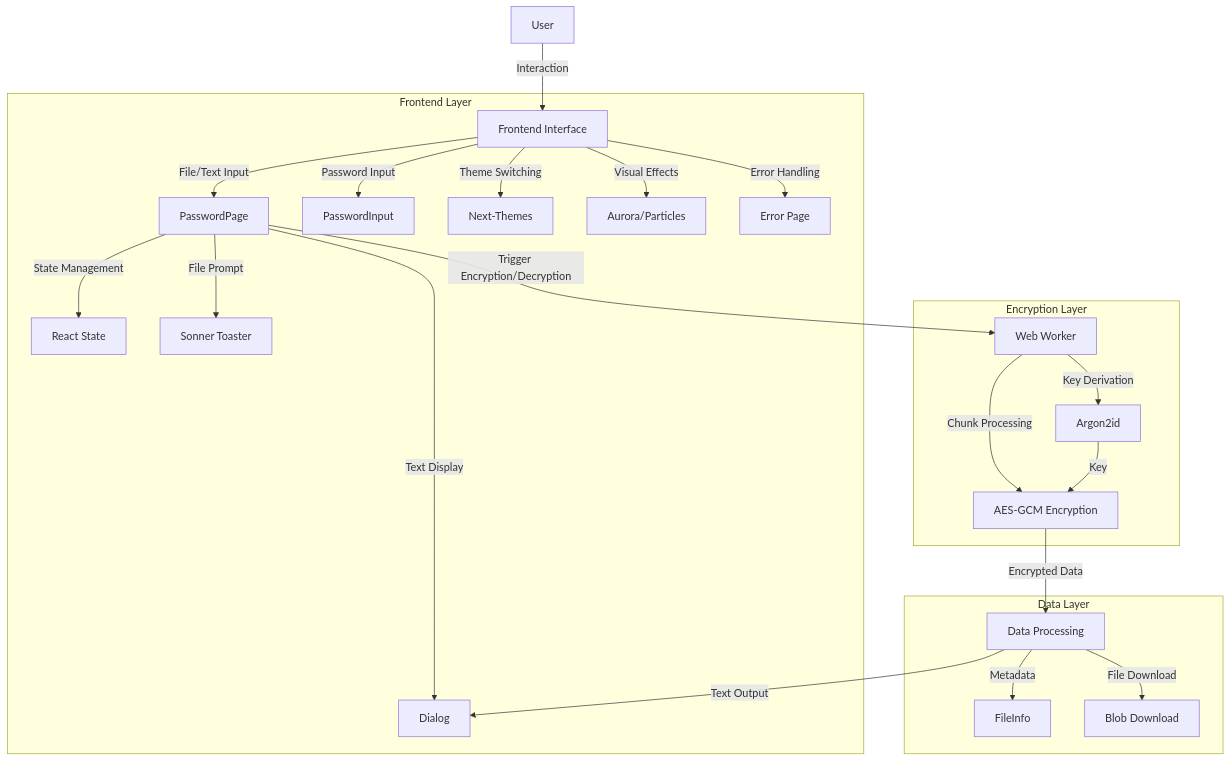
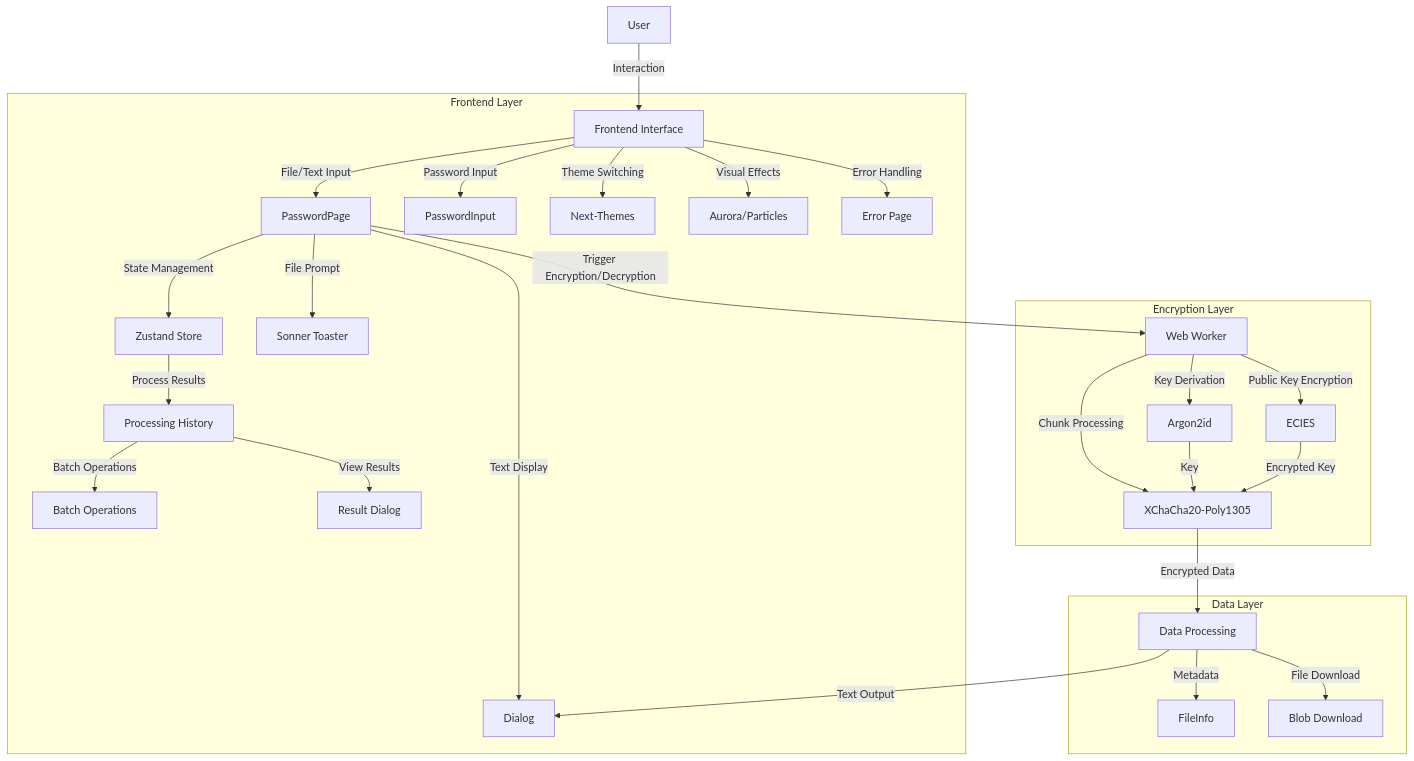
Before and after one commit to WuChenDi/SecureC: the diagram in README.md, drawn with Mermaid. The commit also changed other lines of this file, not shown here.

Commit message:
docs: migrate encryption algorithm and add processing history management
- Replace AES-GCM with XChaCha20-Poly1305 symmetric encryption for enhanced security
- Add ECIES (Elliptic Curve Integrated Encryption Scheme) support for public key encryption
- Increase chunk size from 5MB to 10MB for improved large file processing performance
- Integrate Zustand store for state management instead of React State
- Implement comprehensive processing history tracking with timestamps and metadata
- Add batch operations for downloading or deleting multiple results at once
- Update security documentation to reflect new encryption methods and parameters
- Add visual indicators and download buttons in processing history table
- Support optional digital signatures with public key encryption features

````diff
--- a/README.md
+++ b/README.md
@@ -22,45 +25,54 @@
 ```mermaid
 graph TD
     A[User]
     A -->|Interaction| B[Frontend Interface]
     B -->|File/Text Input| C[PasswordPage]
     B -->|Password Input| D[PasswordInput]
     C -->|Trigger Encryption/Decryption| E[Web Worker]
-    C -->|State Management| F[React State]
+    C -->|State Management| F[Zustand Store]
     C -->|File Prompt| G[Sonner Toaster]
     C -->|Text Display| H[Dialog]
-    E -->|Chunk Processing| I[AES-GCM Encryption]
+    E -->|Chunk Processing| I[XChaCha20-Poly1305]
     E -->|Key Derivation| J[Argon2id]
-    I -->|Encrypted Data| K[Data Processing]
+    E -->|Public Key Encryption| K[ECIES]
+    I -->|Encrypted Data| L[Data Processing]
     J -->|Key| I
-    K -->|Metadata| L[FileInfo]
-    K -->|File Download| M[Blob Download]
-    K -->|Text Output| H
-    B -->|Theme Switching| N[Next-Themes]
-    B -->|Visual Effects| O[Aurora/Particles]
-    B -->|Error Handling| P[Error Page]
+    K -->|Encrypted Key| I
+    L -->|Metadata| M[FileInfo]
+    L -->|File Download| N[Blob Download]
+    L -->|Text Output| H
+    F -->|Process Results| O[Processing History]
+    O -->|Batch Operations| P[Download/Delete]
+    O -->|View Results| Q[Result Dialog]
+    B -->|Theme Switching| R[Next-Themes]
+    B -->|Visual Effects| S[Aurora/Particles]
+    B -->|Error Handling| T[Error Page]
 
     subgraph Frontend Layer
         B[Frontend Interface]
         C[PasswordPage]
         D[PasswordInput]
-        F[React State]
+        F[Zustand Store]
         G[Sonner Toaster]
         H[Dialog]
-        N[Next-Themes]
-        O[Aurora/Particles]
-        P[Error Page]
+        O[Processing History]
+        P[Batch Operations]
+        Q[Result Dialog]
+        R[Next-Themes]
+        S[Aurora/Particles]
+        T[Error Page]
     end
 
     subgraph Encryption Layer
         E[Web Worker]
-        I[AES-GCM Encryption]
+        I[XChaCha20-Poly1305]
         J[Argon2id]
+        K[ECIES]
     end
 
     subgraph Data Layer
-        K[Data Processing]
-        L[FileInfo]
-        M[Blob Download]
+        L[Data Processing]
+        M[FileInfo]
+        N[Blob Download]
     end
 ```
````
